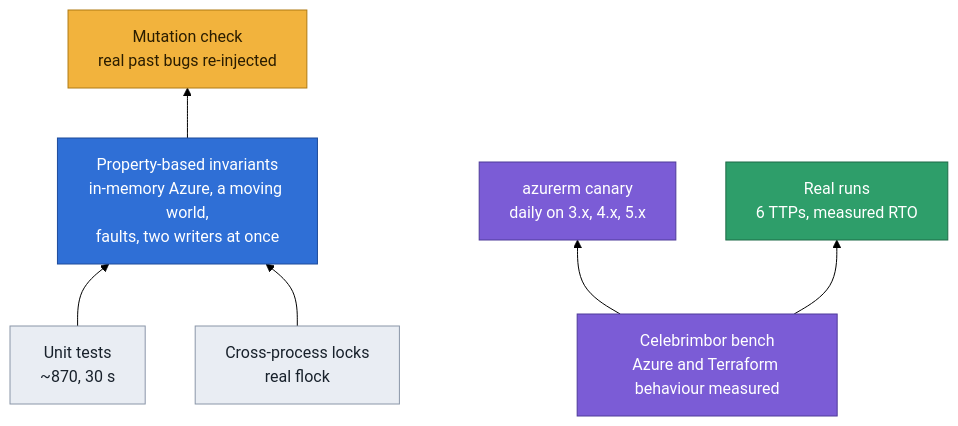
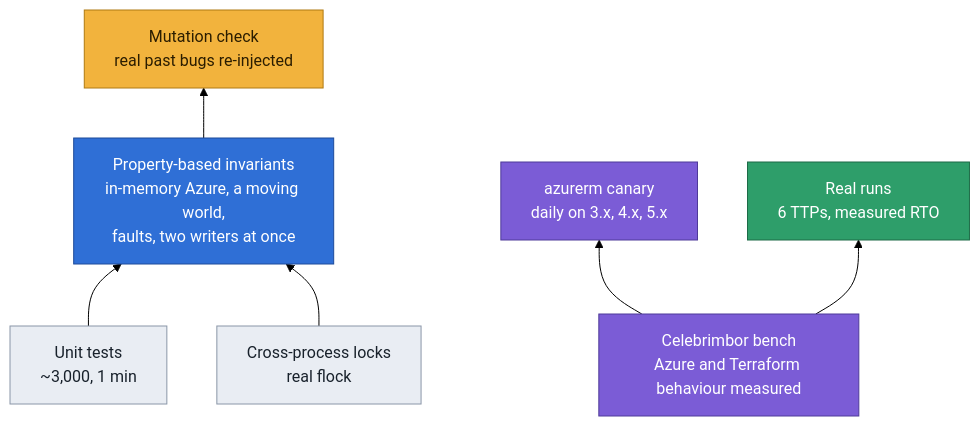
Before and after one commit to Vanyar53/eregion: the third of 3 diagrams in README.md, drawn with Mermaid (forest theme). The commit also changed other lines of this file and 12 other files, not shown here.

````diff
--- a/README.md
+++ b/README.md
@@ -777,24 +785,24 @@
 ```mermaid
 flowchart BT
-    U["Unit tests<br/>~870, 30 s"]
+    U["Unit tests<br/>~3,000, 1 min"]
     I["Property-based invariants<br/>in-memory Azure, a moving world,<br/>faults, two writers at once"]
     M["Mutation check<br/>real past bugs re-injected"]
     L["Cross-process locks<br/>real flock"]
     B["Celebrimbor bench<br/>Azure and Terraform behaviour measured"]
     C["azurerm canary<br/>daily on 3.x, 4.x, 5.x"]
     R["Real runs<br/>6 TTPs, measured RTO"]
     U --> I --> M
     L --> I
     B --> C
     B --> R
     classDef data fill:#e9edf3,stroke:#8a96a8,color:#18212b
     classDef blue fill:#2f6fd6,stroke:#1d4a9a,color:#ffffff
     classDef guard fill:#f2b33d,stroke:#b07a12,color:#2b1d00
     classDef azure fill:#7b5cd6,stroke:#4f3a99,color:#ffffff
     classDef human fill:#2e9e6a,stroke:#1d6b47,color:#ffffff
     class U,L data
     class I blue
     class M guard
     class B,C azure
     class R human
 ```
````
